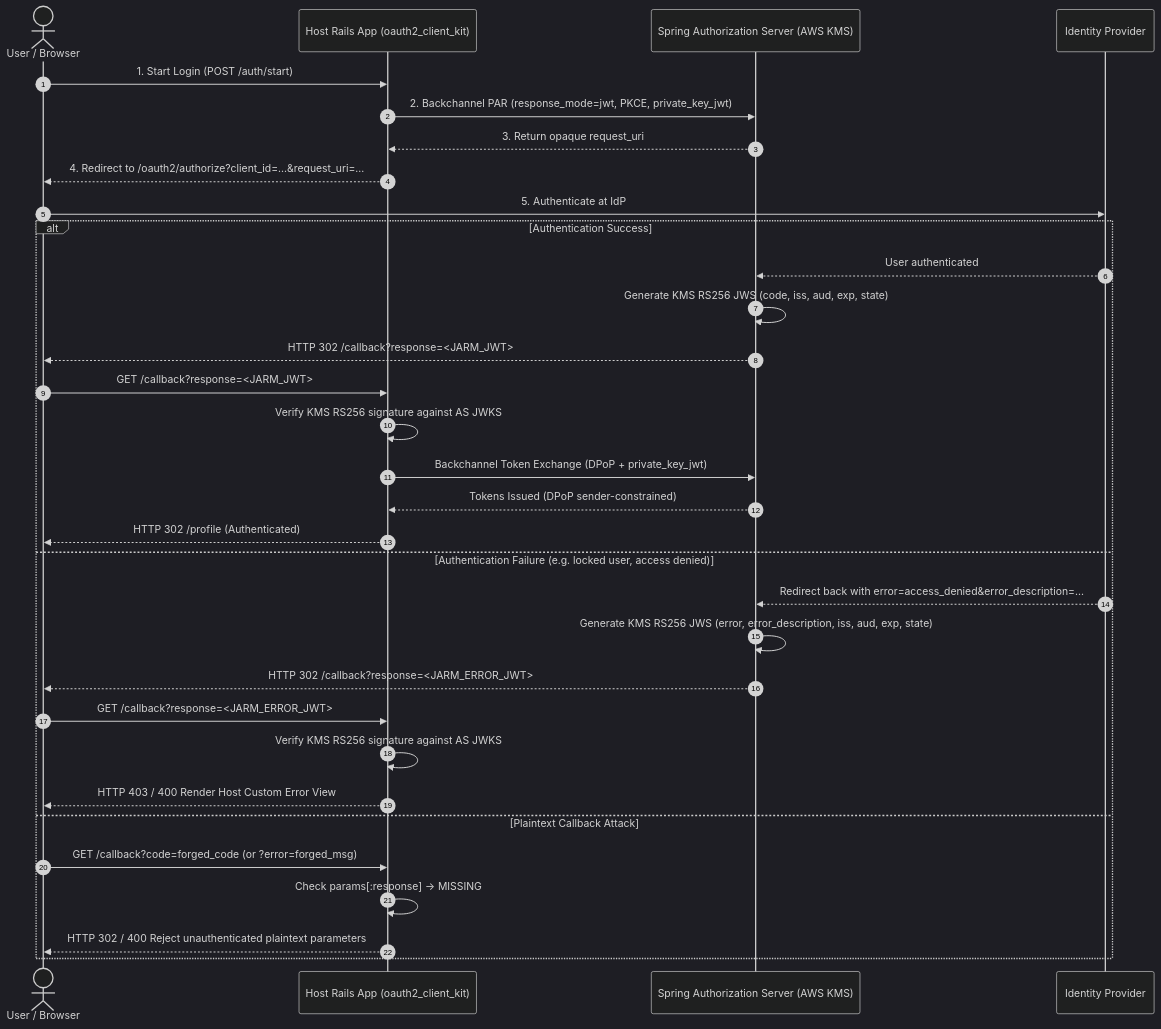
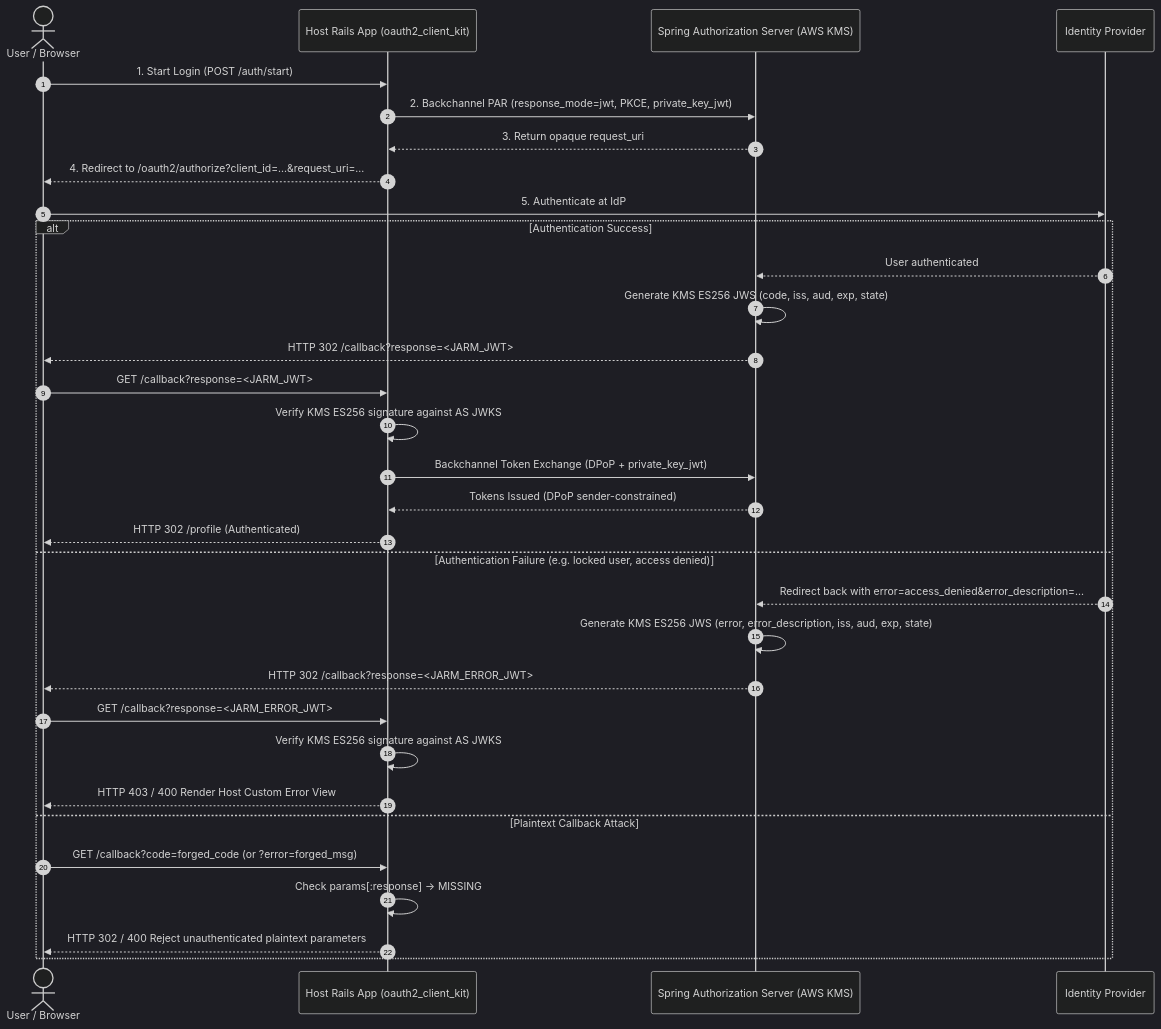
One commit to shoeyn/oauth-server changed the third of 3 diagrams in oauth2_client_kit/README.md. Above: the diagram before and after it, drawn with Mermaid (dark theme). The commit also changed other lines of this file and 48 other files, not shown here.

````diff
--- a/oauth2_client_kit/README.md
+++ b/oauth2_client_kit/README.md
@@ -180,35 +180,35 @@
 ```mermaid
 sequenceDiagram
     autonumber
     actor User as User / Browser
     participant Client as Host Rails App (oauth2_client_kit)
     participant AS as Spring Authorization Server (AWS KMS)
     participant IdP as Identity Provider
 
     User->>Client: 1. Start Login (POST /auth/start)
     Client->>AS: 2. Backchannel PAR (response_mode=jwt, PKCE, private_key_jwt)
     AS-->>Client: 3. Return opaque request_uri
     Client-->>User: 4. Redirect to /oauth2/authorize?client_id=...&request_uri=...
     User->>IdP: 5. Authenticate at IdP
     alt Authentication Success
         IdP-->>AS: User authenticated
-        AS->>AS: Generate KMS RS256 JWS (code, iss, aud, exp, state)
+        AS->>AS: Generate KMS ES256 JWS (code, iss, aud, exp, state)
         AS-->>User: HTTP 302 /callback?response=<JARM_JWT>
         User->>Client: GET /callback?response=<JARM_JWT>
-        Client->>Client: Verify KMS RS256 signature against AS JWKS
+        Client->>Client: Verify KMS ES256 signature against AS JWKS
         Client->>AS: Backchannel Token Exchange (DPoP + private_key_jwt)
         AS-->>Client: Tokens Issued (DPoP sender-constrained)
         Client-->>User: HTTP 302 /profile (Authenticated)
     else Authentication Failure (e.g. locked user, access denied)
         IdP-->>AS: Redirect back with error=access_denied&error_description=...
-        AS->>AS: Generate KMS RS256 JWS (error, error_description, iss, aud, exp, state)
+        AS->>AS: Generate KMS ES256 JWS (error, error_description, iss, aud, exp, state)
         AS-->>User: HTTP 302 /callback?response=<JARM_ERROR_JWT>
         User->>Client: GET /callback?response=<JARM_ERROR_JWT>
-        Client->>Client: Verify KMS RS256 signature against AS JWKS
+        Client->>Client: Verify KMS ES256 signature against AS JWKS
         Client-->>User: HTTP 403 / 400 Render Host Custom Error View
     else Plaintext Callback Attack
         User->>Client: GET /callback?code=forged_code (or ?error=forged_msg)
         Client->>Client: Check params[:response] -> MISSING
         Client-->>User: HTTP 302 / 400 Reject unauthenticated plaintext parameters
     end
 ```
````
